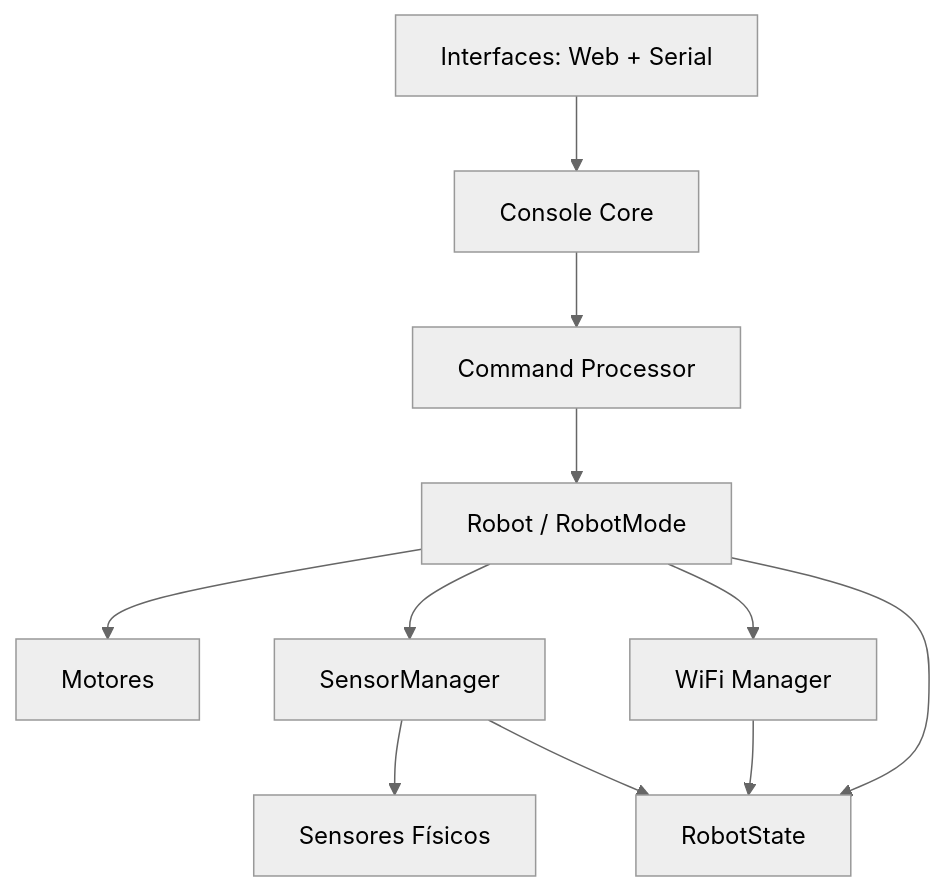
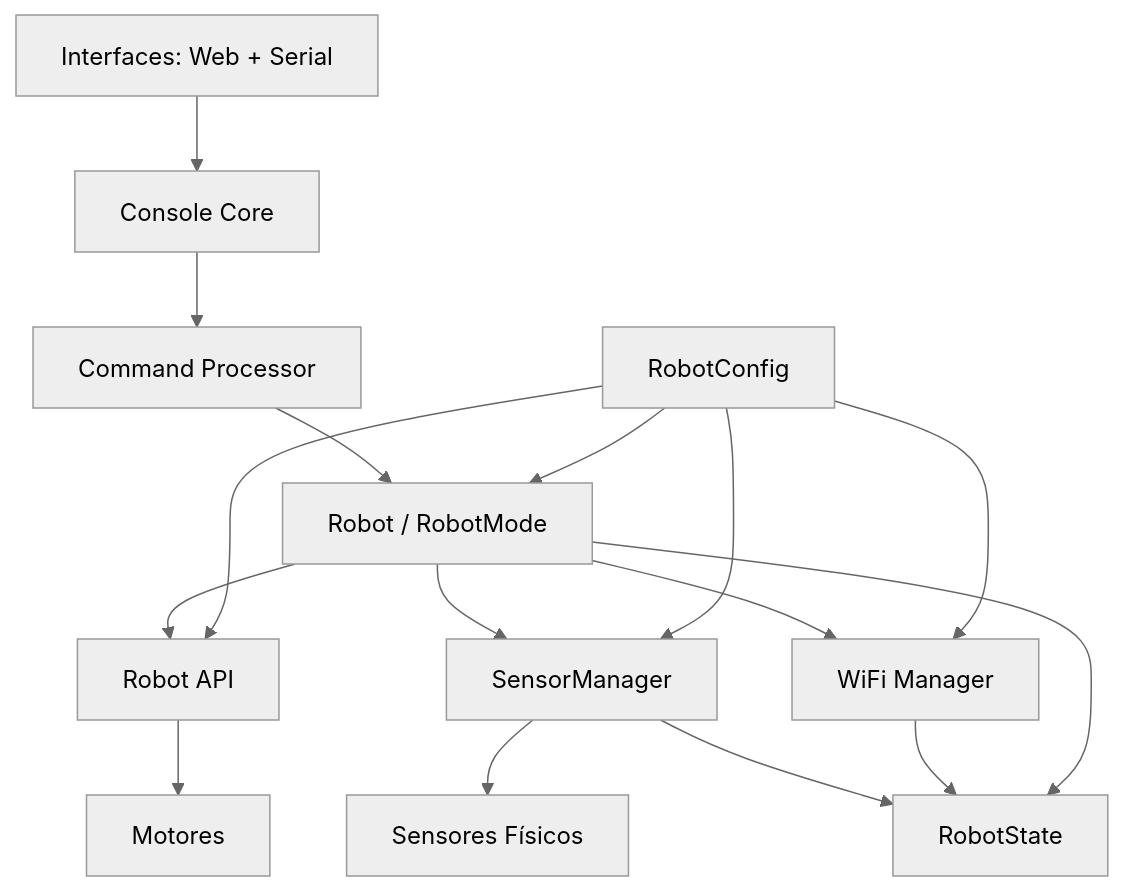
One commit to joaopedrodurante26-bit/Robo_Didatico_TCC changed the first of 5 diagrams in docs/Arquitetura_Firmware.md. Above: the diagram before and after it, drawn with Mermaid (neutral theme). The commit also changed other lines of this file, not shown here.

Commit message:
Atualiza a documentação da arquitetura do firmware, adicionando a `Robot API`, `RobotConfig` e regras de governança do `RobotState`, além de descrever a evolução prevista do `SensorManager`.

````diff
--- a/docs/Arquitetura_Firmware.md
+++ b/docs/Arquitetura_Firmware.md
@@ -7,15 +7,20 @@
 ```mermaid
 flowchart TD
     UI[Interfaces: Web + Serial] --> CC[Console Core]
     CC --> CP[Command Processor]
     CP --> RB[Robot / RobotMode]
 
-    RB --> M[Motores]
+    RB --> RA[Robot API]
+    RA --> M[Motores]
     RB --> SM[SensorManager]
     RB --> WF[WiFi Manager]
+    RC[RobotConfig] --> RB
+    RC --> RA
+    RC --> WF
+    RC --> SM
 
     SM --> S[Sensores Físicos]
     SM --> RS[RobotState]
     WF --> RS
     RB --> RS
 ```
````
